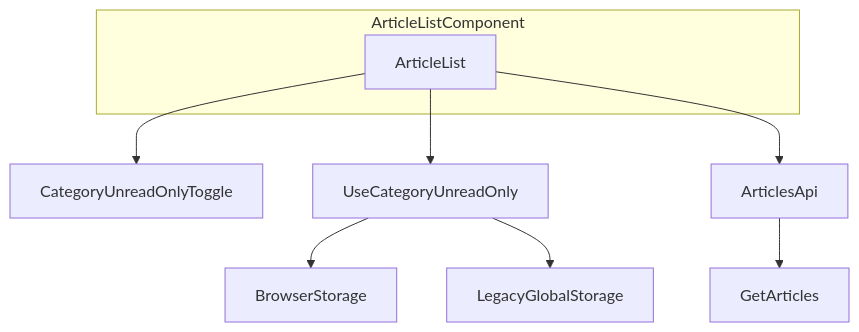
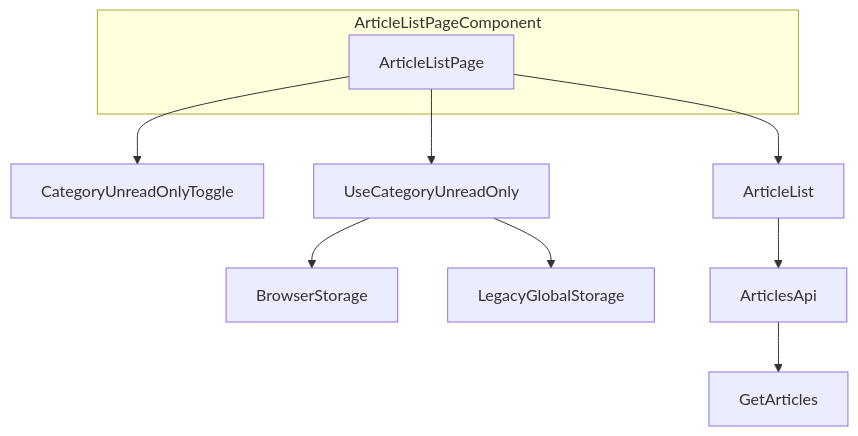
One commit to okotaro/oksskolten changed the first of 2 diagrams in .kiro/specs/folder-unread-only-toggle/design.md. Above: the diagram before and after it, drawn with Mermaid. The commit also changed other lines of this file and 7 other files, not shown here.

First line of the commit message:
docs(feed-unread-only-toggle,folder-unread-only-toggle): add Requirement 7/8 spec docs for Issue #14

````diff
--- a/.kiro/specs/folder-unread-only-toggle/design.md
+++ b/.kiro/specs/folder-unread-only-toggle/design.md
@@ -72,12 +80,13 @@
 ```mermaid
 graph TB
-    subgraph ArticleListComponent
-        ArticleList
+    subgraph ArticleListPageComponent
+        ArticleListPage
     end
-    ArticleList --> CategoryUnreadOnlyToggle
-    ArticleList --> UseCategoryUnreadOnly
+    ArticleListPage --> CategoryUnreadOnlyToggle
+    ArticleListPage --> UseCategoryUnreadOnly
     UseCategoryUnreadOnly --> BrowserStorage
     UseCategoryUnreadOnly --> LegacyGlobalStorage
+    ArticleListPage --> ArticleList
     ArticleList --> ArticlesApi
     ArticlesApi --> GetArticles
 ```
````
